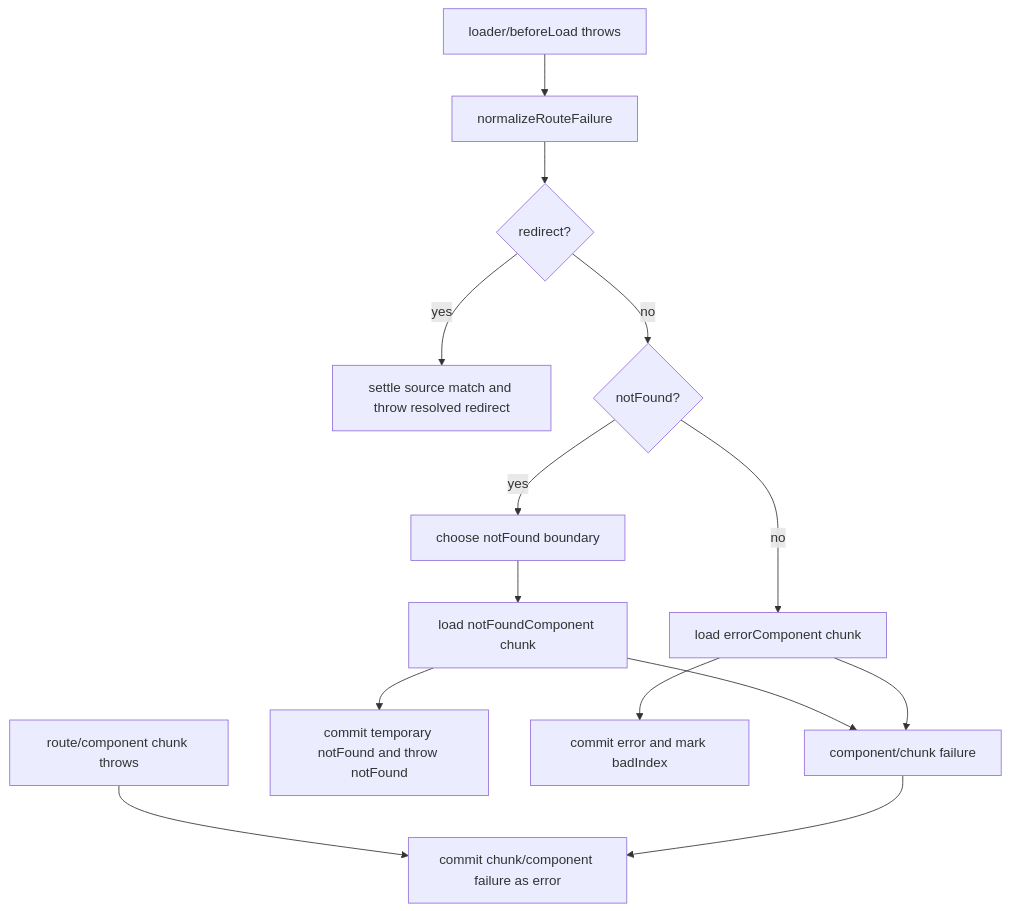
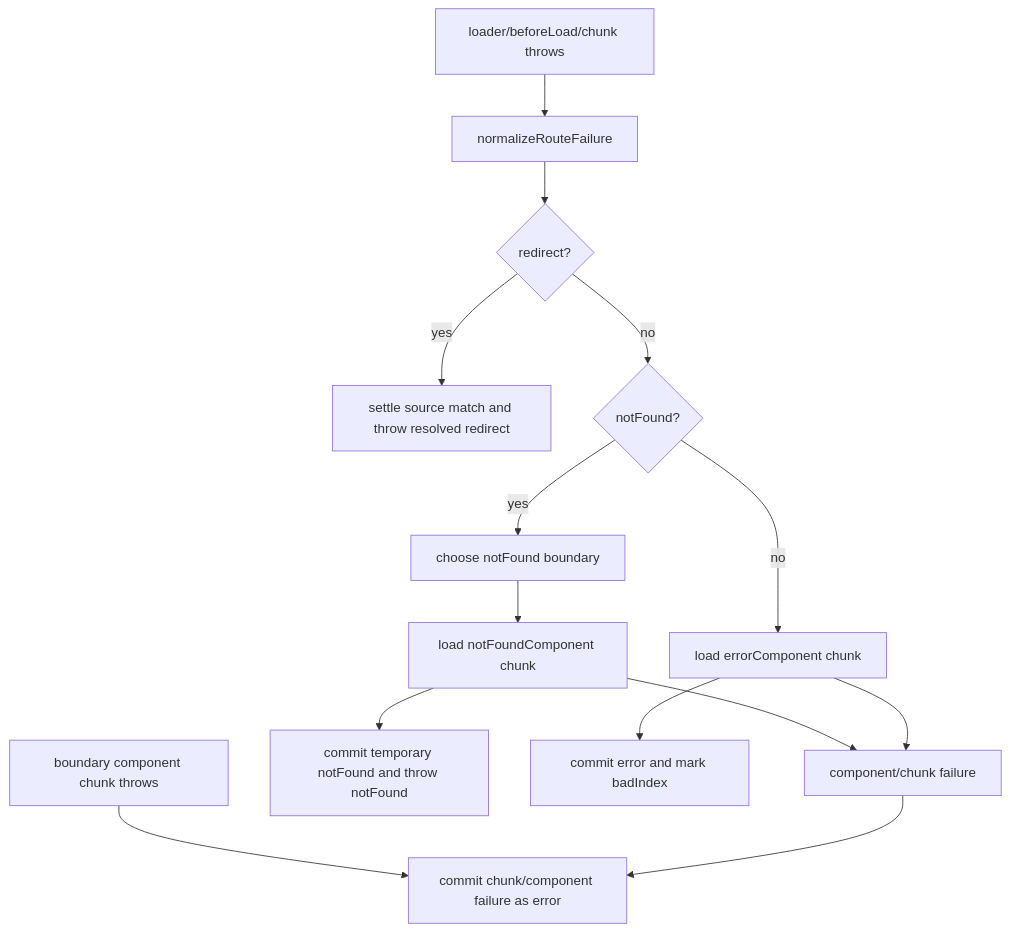
One commit to TanStack/router changed the sixth of 12 diagrams in packages/router-core/INTERNALS.md. Above: the diagram before and after it, drawn with Mermaid. The commit also changed other lines of this file and 5 other files, not shown here.

First line of the commit message:
fix: decouple boundary chunk loading from the whole-route preload and normalize chunk failures

````diff
--- a/packages/router-core/INTERNALS.md
+++ b/packages/router-core/INTERNALS.md
@@ -523,16 +533,16 @@
 ```mermaid
 flowchart TD
-  F["loader/beforeLoad throws"] --> N["normalizeRouteFailure"]
-  Chunk["route/component chunk throws"] --> Direct
+  F["loader/beforeLoad/chunk throws"] --> N["normalizeRouteFailure"]
+  Chunk["boundary component chunk throws"] --> Direct
   N --> R{"redirect?"}
   R -->|"yes"| RT["settle source match and throw resolved redirect"]
   R -->|"no"| NF{"notFound?"}
   NF -->|"yes"| B["choose notFound boundary"]
   B --> LNF["load notFoundComponent chunk"]
   LNF --> NFCommit["commit temporary notFound and throw notFound"]
   NF -->|"no"| LE["load errorComponent chunk"]
   LE --> ErrCommit["commit error and mark badIndex"]
   LNF --> CFail["component/chunk failure"]
   LE --> CFail
   CFail --> Direct["commit chunk/component failure as error"]
 ```
````
